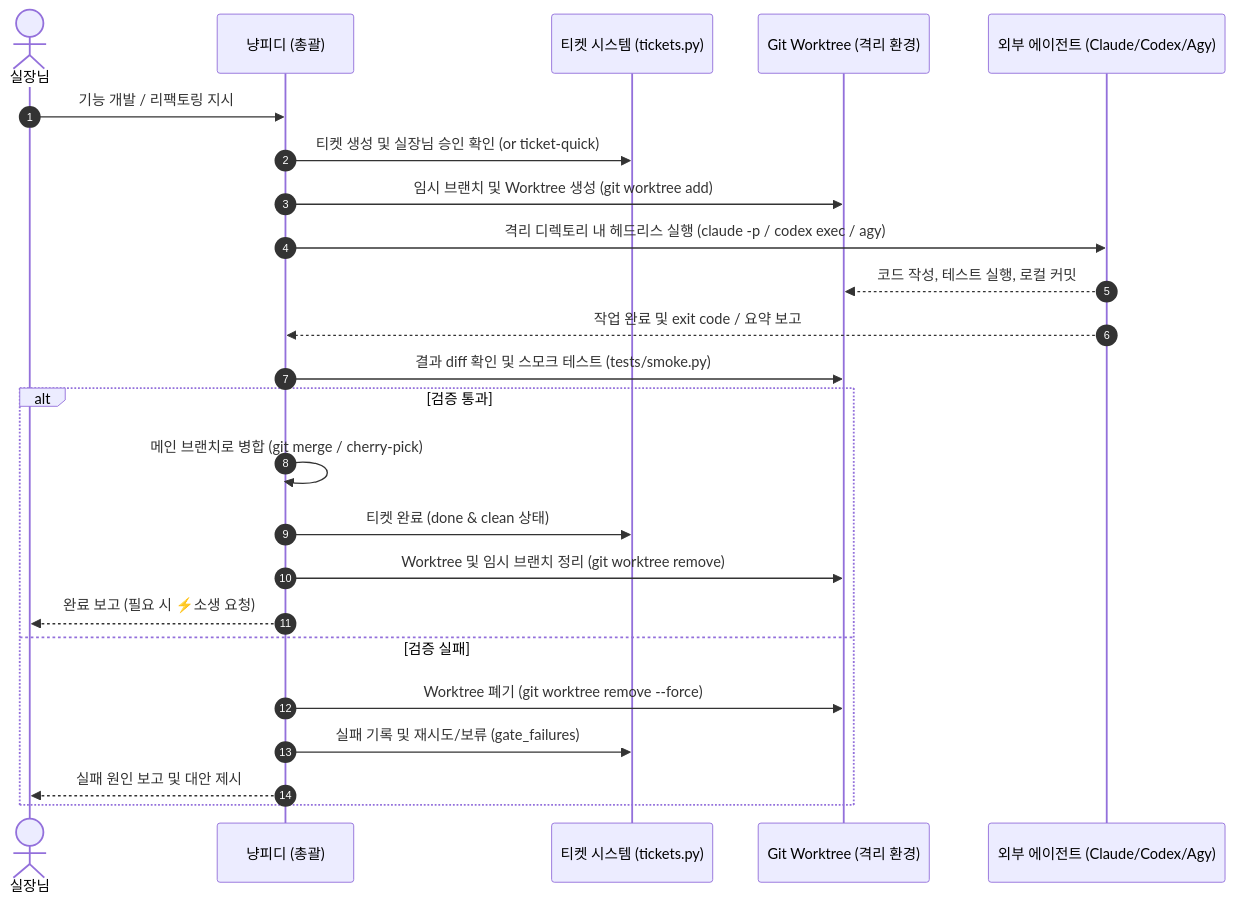
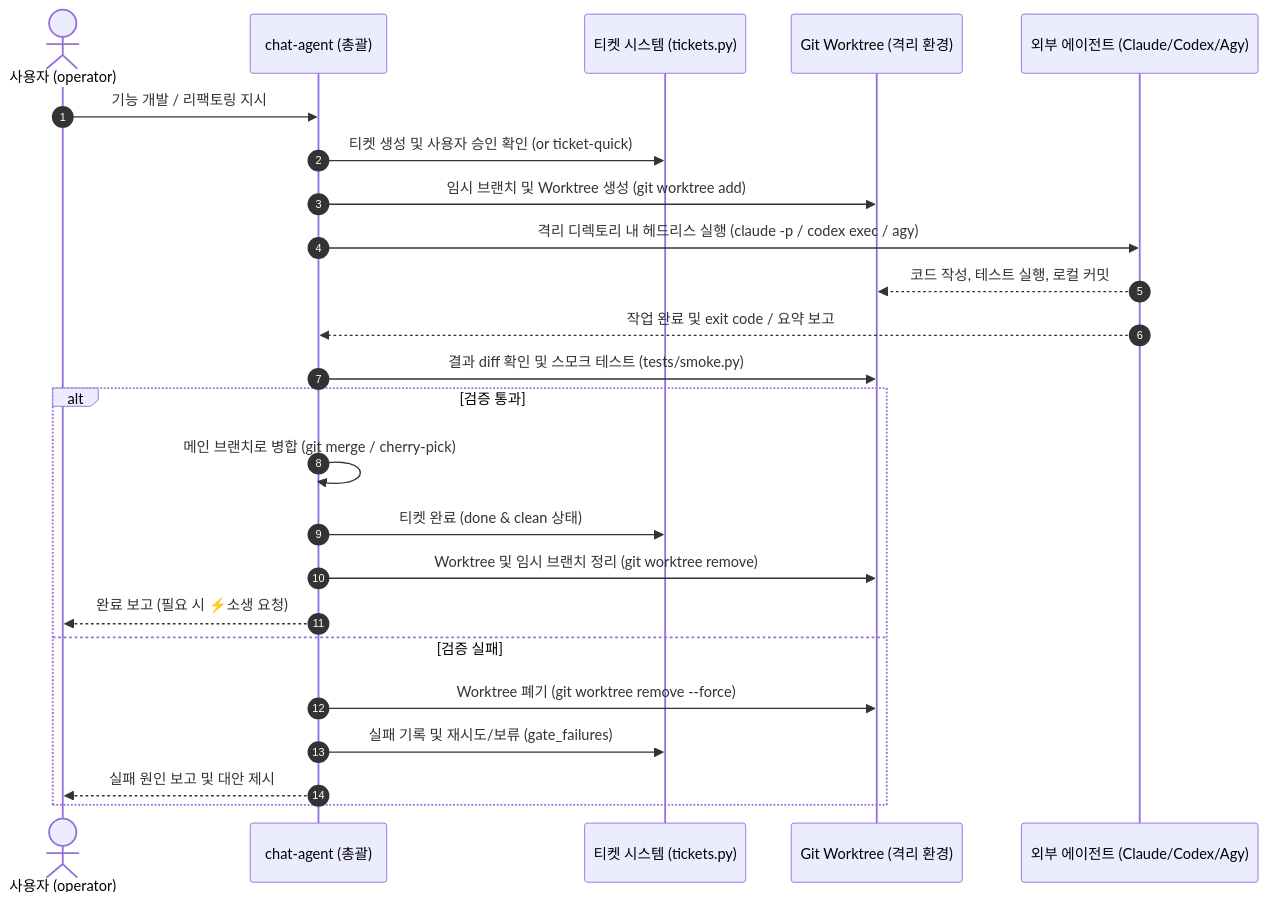
The diagram in docs/plans/multi-agent-worktree-delegation.md (See1Studios/chatbot), drawn with Mermaid before and after one commit. The commit also changed other lines of this file, not shown here.

````diff
--- a/docs/plans/multi-agent-worktree-delegation.md
+++ b/docs/plans/multi-agent-worktree-delegation.md
@@ -39,27 +40,27 @@
 ```mermaid
 sequenceDiagram
     autonumber
-    actor User as 실장님
-    participant NP as 냥피디 (총괄)
+    actor User as 사용자 (operator)
+    participant NP as chat-agent (총괄)
     participant TK as 티켓 시스템 (tickets.py)
     participant WT as Git Worktree (격리 환경)
     participant CLI as 외부 에이전트 (Claude/Codex/Agy)
 
     User->>NP: 기능 개발 / 리팩토링 지시
-    NP->>TK: 티켓 생성 및 실장님 승인 확인 (or ticket-quick)
+    NP->>TK: 티켓 생성 및 사용자 승인 확인 (or ticket-quick)
     NP->>WT: 임시 브랜치 및 Worktree 생성 (git worktree add)
     NP->>CLI: 격리 디렉토리 내 헤드리스 실행 (claude -p / codex exec / agy)
     CLI-->>WT: 코드 작성, 테스트 실행, 로컬 커밋
     CLI-->>NP: 작업 완료 및 exit code / 요약 보고
     NP->>WT: 결과 diff 확인 및 스모크 테스트 (tests/smoke.py)
     alt 검증 통과
         NP->>NP: 메인 브랜치로 병합 (git merge / cherry-pick)
         NP->>TK: 티켓 완료 (done & clean 상태)
         NP->>WT: Worktree 및 임시 브랜치 정리 (git worktree remove)
         NP-->>User: 완료 보고 (필요 시 ⚡소생 요청)
     else 검증 실패
         NP->>WT: Worktree 폐기 (git worktree remove --force)
         NP->>TK: 실패 기록 및 재시도/보류 (gate_failures)
         NP-->>User: 실패 원인 보고 및 대안 제시
     end
 ```
````
